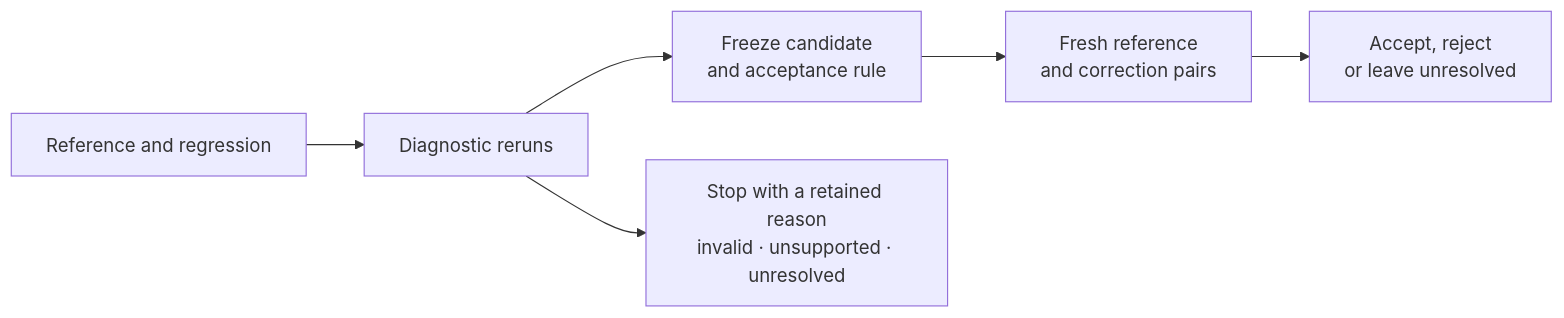
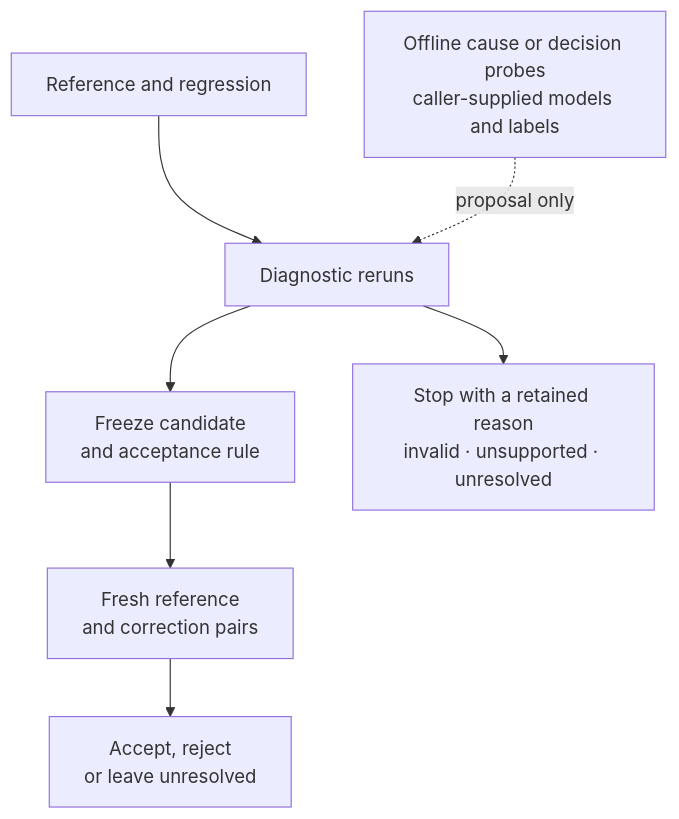
Before and after one commit to manfromnowhere143/nisayon: the third of 3 diagrams in README.md, drawn with Mermaid. The commit also changed other lines of this file and 962 other files, not shown here.

First line of the commit message:
Integrate bounded decision probes and the current research account

````diff
--- a/README.md
+++ b/README.md
@@ -170,10 +331,11 @@
 ```mermaid
-flowchart LR
+flowchart TB
     accTitle: Nisayon's implemented experiment path
-    accDescr: Reproduce the reference and regression, execute diagnostic reruns, freeze a candidate and its rule, then confirm on fresh conditions. Diagnostic gaps stop the path. Every outcome is retained.
+    accDescr: Reproduce the reference and regression, execute diagnostic reruns, freeze a candidate and its rule, then confirm on fresh conditions. The separate offline probe tool can inform a proposal but is not integrated with execution or acceptance. Diagnostic gaps stop the path. Every outcome is retained.
     R["Reference and regression"] --> D["Diagnostic reruns"]
+    P["Offline cause or decision probes<br/>caller-supplied models and labels"] -. "proposal only" .-> D
     D --> F["Freeze candidate<br/>and acceptance rule"]
     D --> U["Stop with a retained reason<br/>invalid · unsupported · unresolved"]
     F --> C["Fresh reference<br/>and correction pairs"]
     C --> V["Accept, reject<br/>or leave unresolved"]
 ```
````
